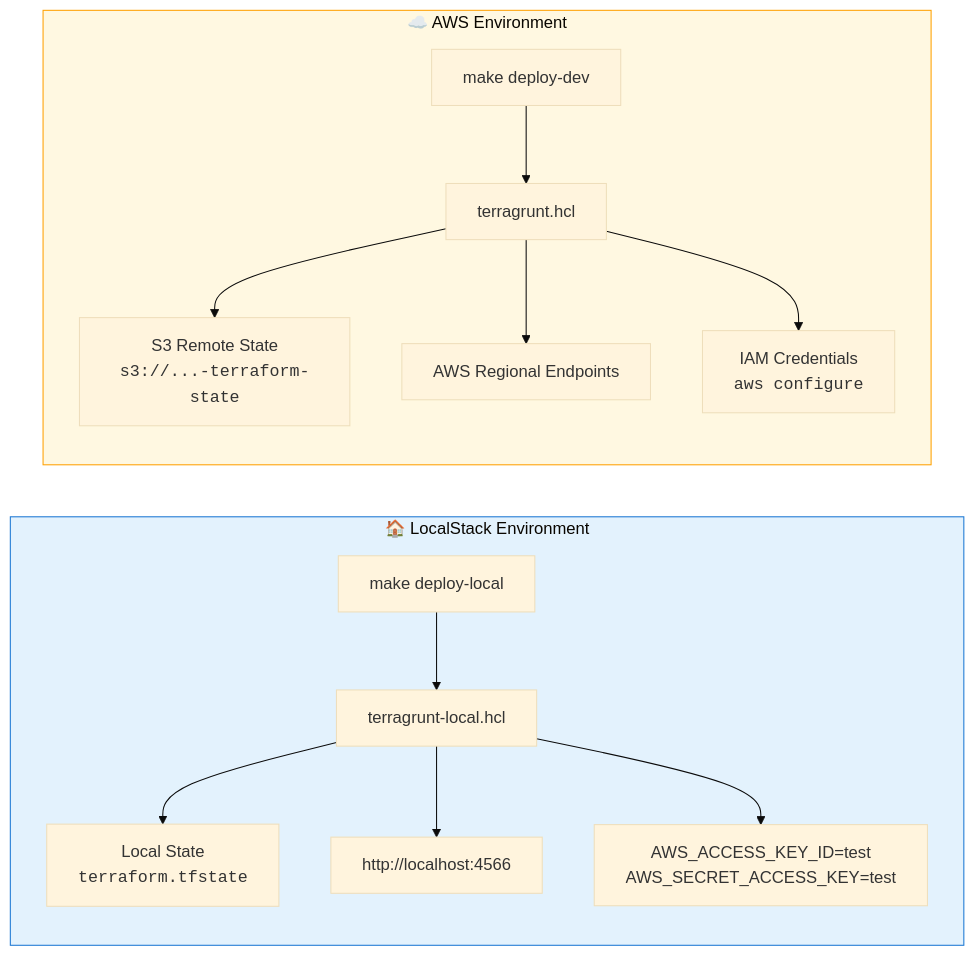
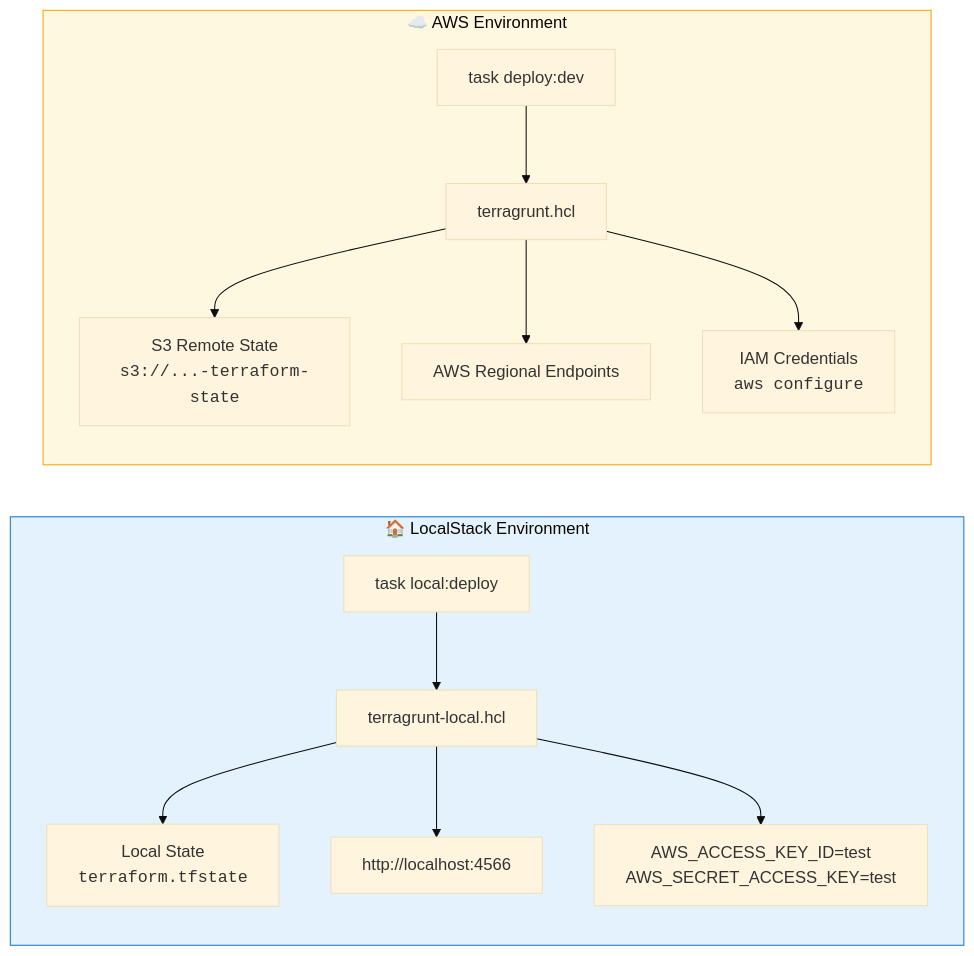
The third of 3 diagrams in docs/development/localstack.md (zhiweio/redshift-spectra), drawn with Mermaid (base theme) before and after one commit. The commit also changed other lines of this file and 19 other files, not shown here.

````diff
--- a/docs/development/localstack.md
+++ b/docs/development/localstack.md
@@ -210,29 +210,29 @@
 ```mermaid
 graph LR
     subgraph Local["🏠 LocalStack Environment"]
-        L_CMD["make deploy-local"]
+        L_CMD["task local:deploy"]
         L_CONFIG["terragrunt-local.hcl"]
         L_BACKEND["Local State<br/><code>terraform.tfstate</code>"]
         L_ENDPOINT["http://localhost:4566"]
         L_CREDS["AWS_ACCESS_KEY_ID=test<br/>AWS_SECRET_ACCESS_KEY=test"]
     end
 
     subgraph Cloud["☁️ AWS Environment"]
-        C_CMD["make deploy-dev"]
+        C_CMD["task deploy:dev"]
         C_CONFIG["terragrunt.hcl"]
         C_BACKEND["S3 Remote State<br/><code>s3://...-terraform-state</code>"]
         C_ENDPOINT["AWS Regional Endpoints"]
         C_CREDS["IAM Credentials<br/><code>aws configure</code>"]
     end
 
     L_CMD --> L_CONFIG --> L_BACKEND
     L_CONFIG --> L_ENDPOINT
     L_CONFIG --> L_CREDS
 
     C_CMD --> C_CONFIG --> C_BACKEND
     C_CONFIG --> C_ENDPOINT
     C_CONFIG --> C_CREDS
 
     style Local fill:#e3f2fd,stroke:#1976d2
     style Cloud fill:#fff8e1,stroke:#ffa000
 ```
````
